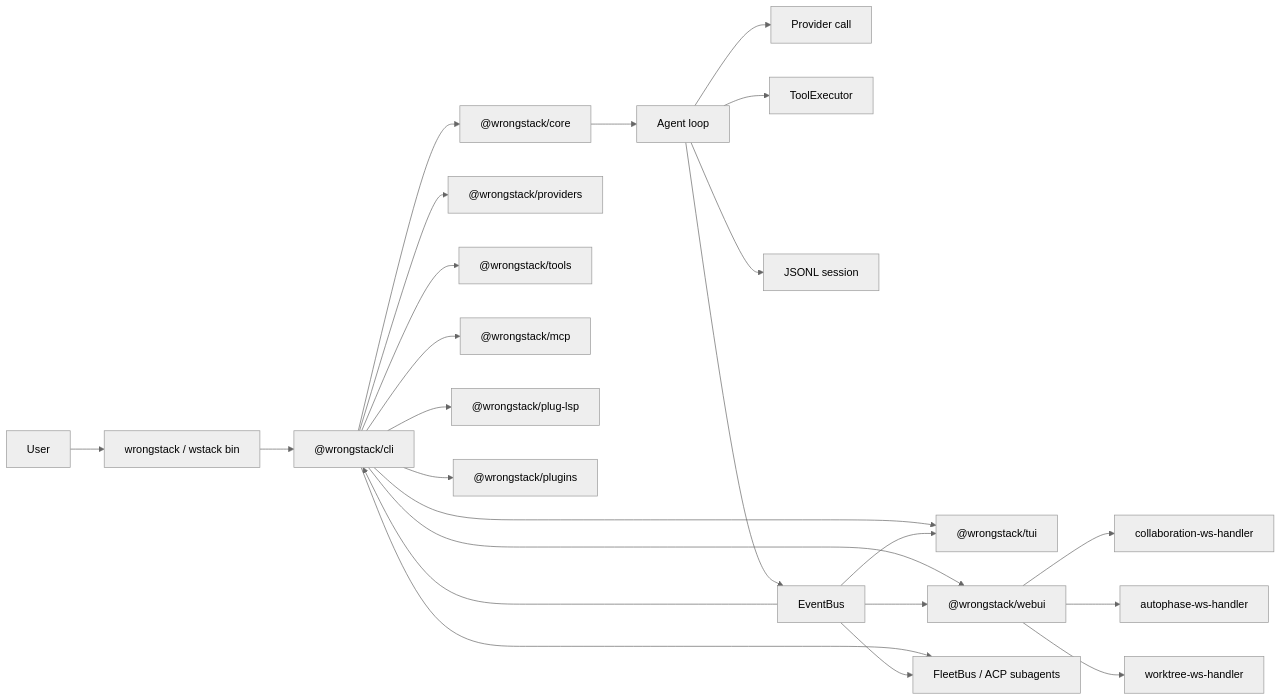
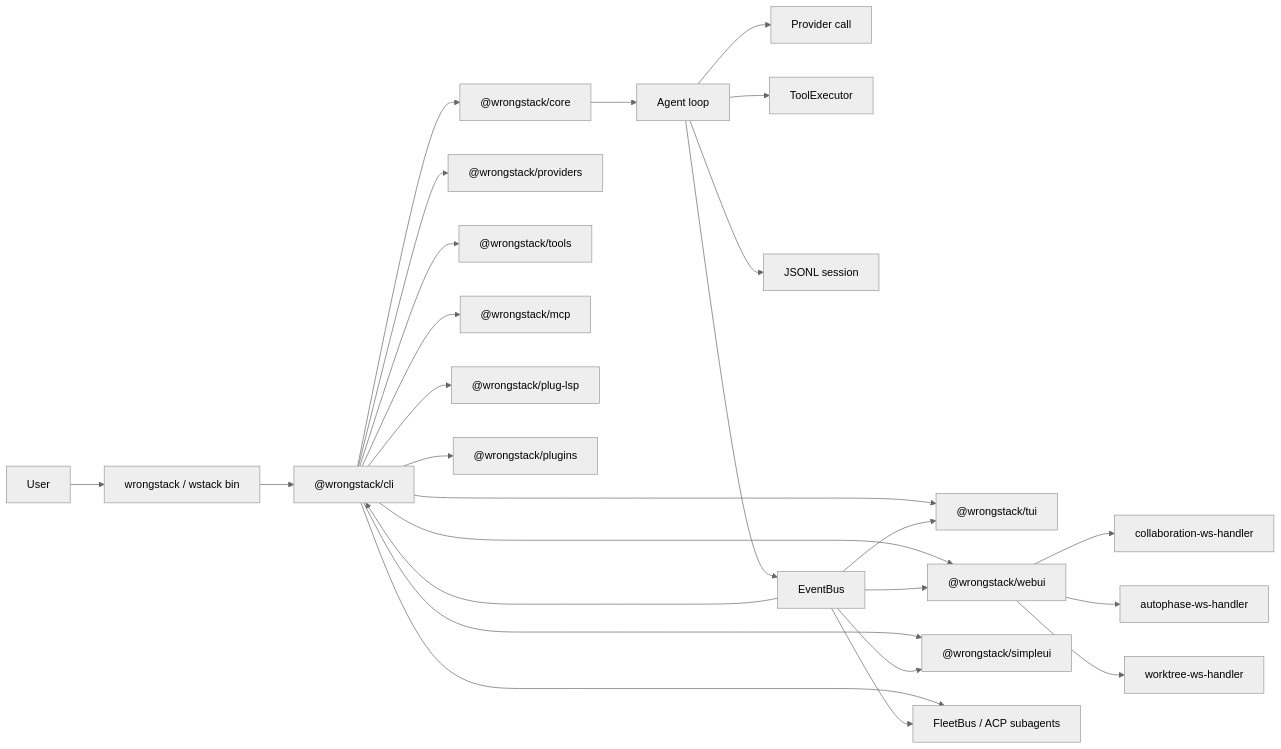
Before and after one commit to HoneyAdam/WrongStack: the first of 22 diagrams in docs/architecture-root.md, drawn with Mermaid (neutral theme). The commit also changed other lines of this file and 33 other files, not shown here.

Commit message:
docs: update architecture docs, competitive roadmap, website content, and gitignore

````diff
--- a/docs/architecture-root.md
+++ b/docs/architecture-root.md
@@ -20,27 +20,29 @@
 ```mermaid
 flowchart LR
   User[User] --> Entry[wrongstack / wstack bin]
   Entry --> CLI["@wrongstack/cli"]
   CLI --> Core["@wrongstack/core"]
   CLI --> Providers["@wrongstack/providers"]
   CLI --> Tools["@wrongstack/tools"]
   CLI --> MCP["@wrongstack/mcp"]
   CLI --> TUI["@wrongstack/tui"]
   CLI --> WebUI["@wrongstack/webui"]
+  CLI --> SimpleUI["@wrongstack/simpleui"]
   CLI --> LSP["@wrongstack/plug-lsp"]
   CLI --> ACP["@wrongstack/acp"]
   CLI --> Plugins["@wrongstack/plugins"]
 
   Core --> Agent[Agent loop]
   Agent --> Provider[Provider call]
   Agent --> Executor[ToolExecutor]
   Agent --> Session[JSONL session]
   Agent --> Events[EventBus]
   Events --> CLI
   Events --> TUI
   Events --> WebUI
+  Events --> SimpleUI
   Events --> ACP[FleetBus / ACP subagents]
   WebUI --> CollaborationWS[collaboration-ws-handler]
   WebUI --> AutophaseWS[autophase-ws-handler]
   WebUI --> WorktreeWS[worktree-ws-handler]
 ```
````
